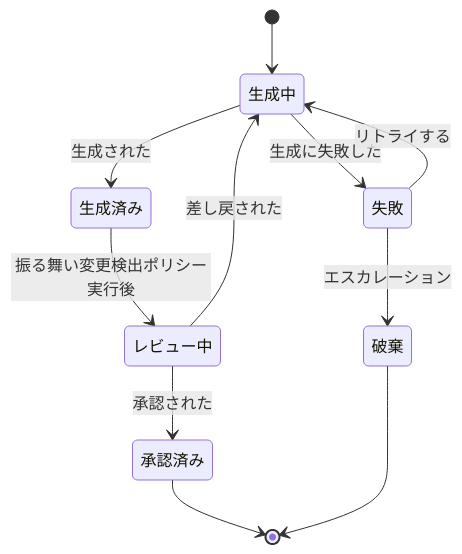
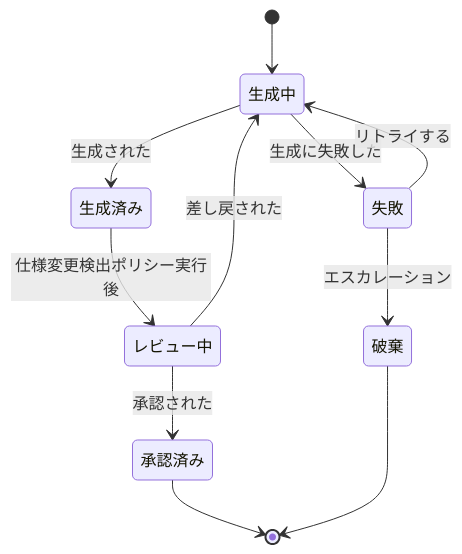
Before and after one commit to kuchita-el/claude-shared-skills: the fifth of 8 diagrams in docs/delivery-workflow/event-storming.md, drawn with Mermaid. The commit also changed other lines of this file, not shown here.

````diff
--- a/docs/delivery-workflow/event-storming.md
+++ b/docs/delivery-workflow/event-storming.md
@@ -322,13 +324,13 @@
 ```mermaid
 stateDiagram-v2
     [*] --> 生成中
     生成中 --> 生成済み: 生成された
     生成中 --> 失敗: 生成に失敗した
     失敗 --> 生成中: リトライする
     失敗 --> 破棄: エスカレーション
-    生成済み --> レビュー中: 振る舞い変更検出ポリシー実行後
+    生成済み --> レビュー中: 仕様変更検出ポリシー実行後
     レビュー中 --> 承認済み: 承認された
     レビュー中 --> 生成中: 差し戻された
     承認済み --> [*]
     破棄 --> [*]
 ```
````
